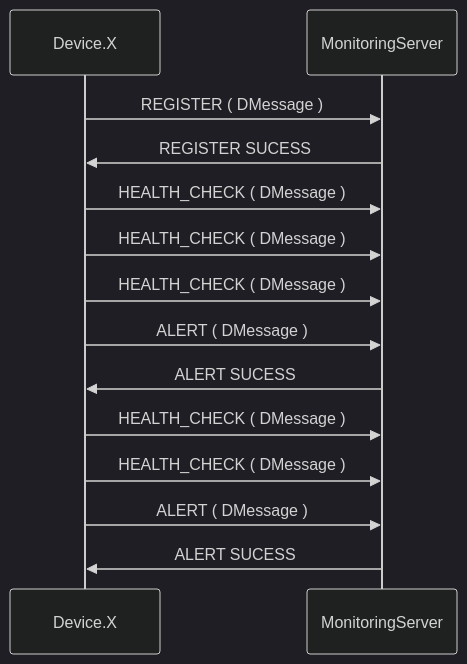
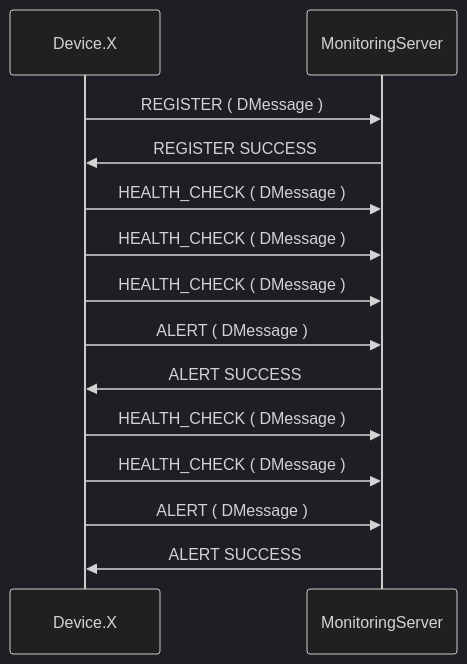
The diagram in README.md (yusahin/Device-Monitoring), drawn with Mermaid (dark theme) before and after one commit.

````diff
--- a/README.md
+++ b/README.md
@@ -20,17 +20,17 @@
 ```mermaid
 %% Example of sequence diagram
   sequenceDiagram
 Device.X->>MonitoringServer: REGISTER ( DMessage )
-MonitoringServer->>Device.X: REGISTER SUCESS
+MonitoringServer->>Device.X: REGISTER SUCCESS
 Device.X->>MonitoringServer: HEALTH_CHECK ( DMessage )
 Device.X->>MonitoringServer: HEALTH_CHECK ( DMessage )
 Device.X->>MonitoringServer: HEALTH_CHECK ( DMessage )
 
 Device.X->>MonitoringServer: ALERT ( DMessage )
-MonitoringServer->>Device.X: ALERT SUCESS
+MonitoringServer->>Device.X: ALERT SUCCESS
 Device.X->>MonitoringServer: HEALTH_CHECK ( DMessage )
 Device.X->>MonitoringServer: HEALTH_CHECK ( DMessage )
 
 Device.X->>MonitoringServer: ALERT ( DMessage )
-MonitoringServer->>Device.X: ALERT SUCESS
+MonitoringServer->>Device.X: ALERT SUCCESS
 ```
````
